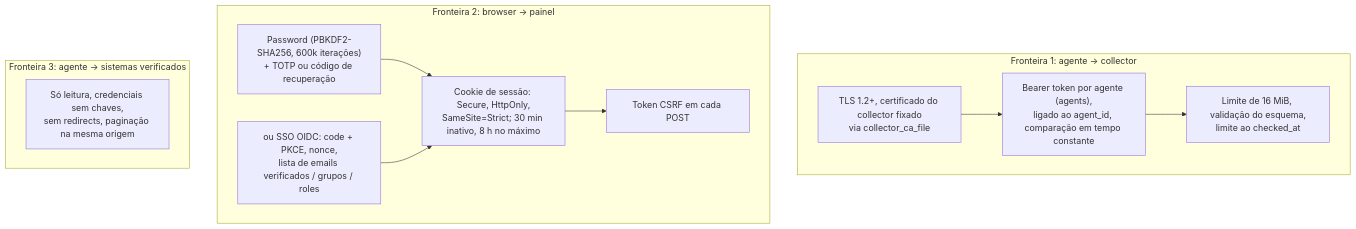
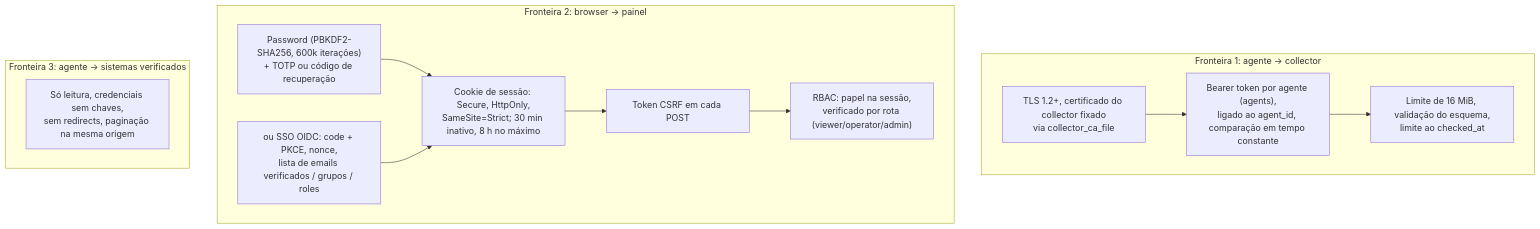
One commit to Joao-Paulino/expiry-radar changed the fourth of 5 diagrams in docs/ARQUITETURA.md. Above: the diagram before and after it, drawn with Mermaid. The commit also changed other lines of this file and 4 other files, not shown here.

````diff
--- a/docs/ARQUITETURA.md
+++ b/docs/ARQUITETURA.md
@@ -205,15 +223,16 @@
 ```mermaid
 flowchart TB
     subgraph TB1["Fronteira 1: agente → collector"]
         a["TLS 1.2+, certificado do collector fixado<br/>via collector_ca_file"] --> b["Bearer token por agente (agents),<br/>ligado ao agent_id, comparação em tempo constante"]
         b --> c["Limite de 16 MiB, validação do esquema,<br/>limite ao checked_at"]
     end
     subgraph TB2["Fronteira 2: browser → painel"]
         d["Password (PBKDF2-SHA256, 600k iterações)<br/>+ TOTP ou código de recuperação"] --> e["Cookie de sessão: Secure, HttpOnly,<br/>SameSite=Strict; 30 min inativo, 8 h no máximo"]
         d2["ou SSO OIDC: code + PKCE, nonce,<br/>lista de emails verificados / grupos / roles"] --> e
         e --> f["Token CSRF em cada POST"]
+        f --> rb["RBAC: papel na sessão,<br/>verificado por rota (viewer/operator/admin)"]
     end
     subgraph TB3["Fronteira 3: agente → sistemas verificados"]
         g["Só leitura, credenciais sem chaves,<br/>sem redirects, paginação na mesma origem"]
     end
 ```
````
